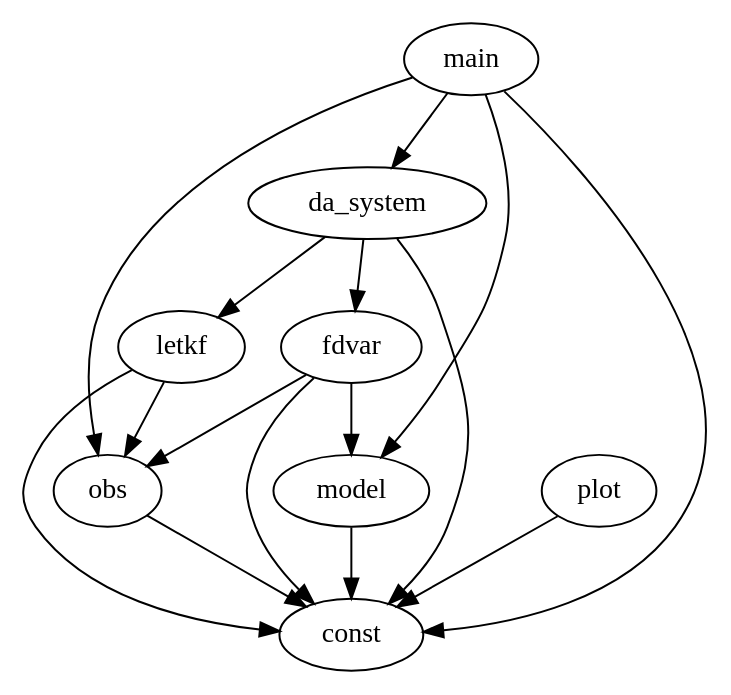
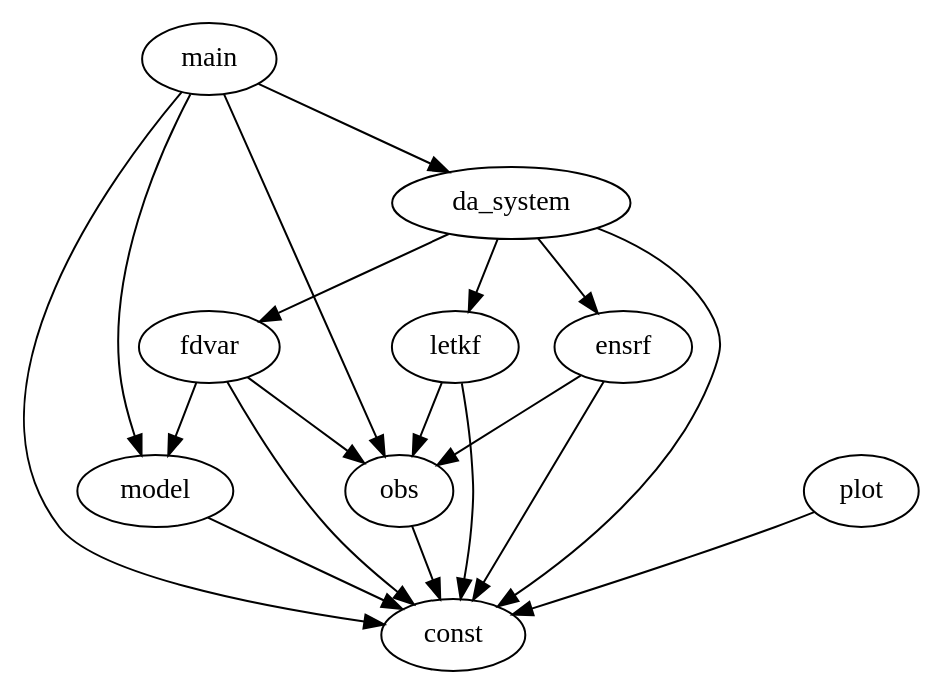
One commit to ysdtkm/DA_testbed changed the diagram in documentation/graph.dot. Above: the diagram before and after it, drawn with Graphviz. The commit also changed 2 other files, not shown here.

```diff
--- a/documentation/graph.dot
+++ b/documentation/graph.dot
@@ -1,17 +1,20 @@
 digraph {
     letkf -> obs;
     letkf -> const;
+    ensrf -> obs;
+    ensrf -> const;
     main -> const;
     main -> model;
     main -> da_system;
     main -> obs;
     model -> const;
     plot -> const;
     da_system -> const;
     da_system -> letkf;
+    da_system -> ensrf;
     da_system -> fdvar;
     obs -> const;
     fdvar -> model;
     fdvar -> const;
     fdvar -> obs;
 }
```
